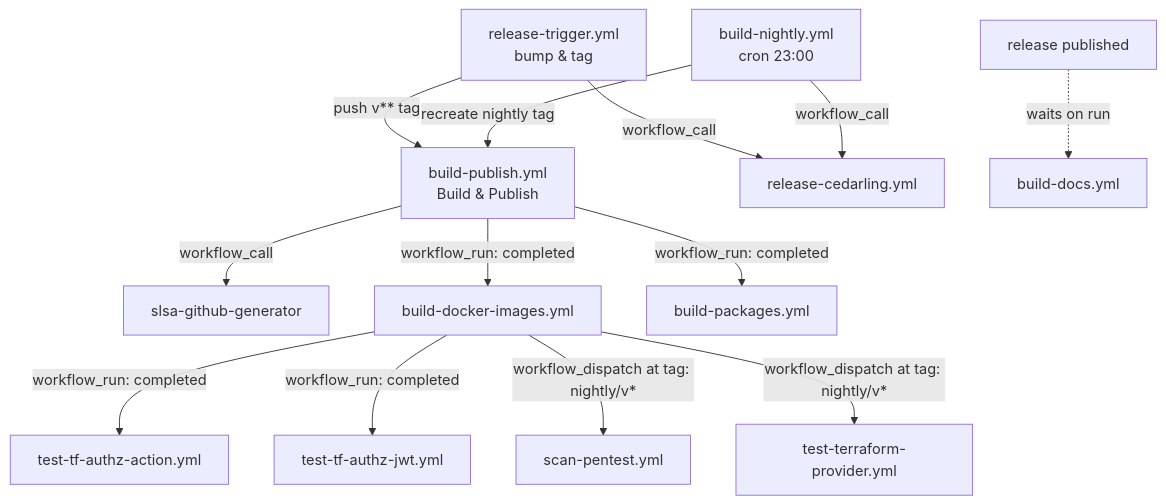
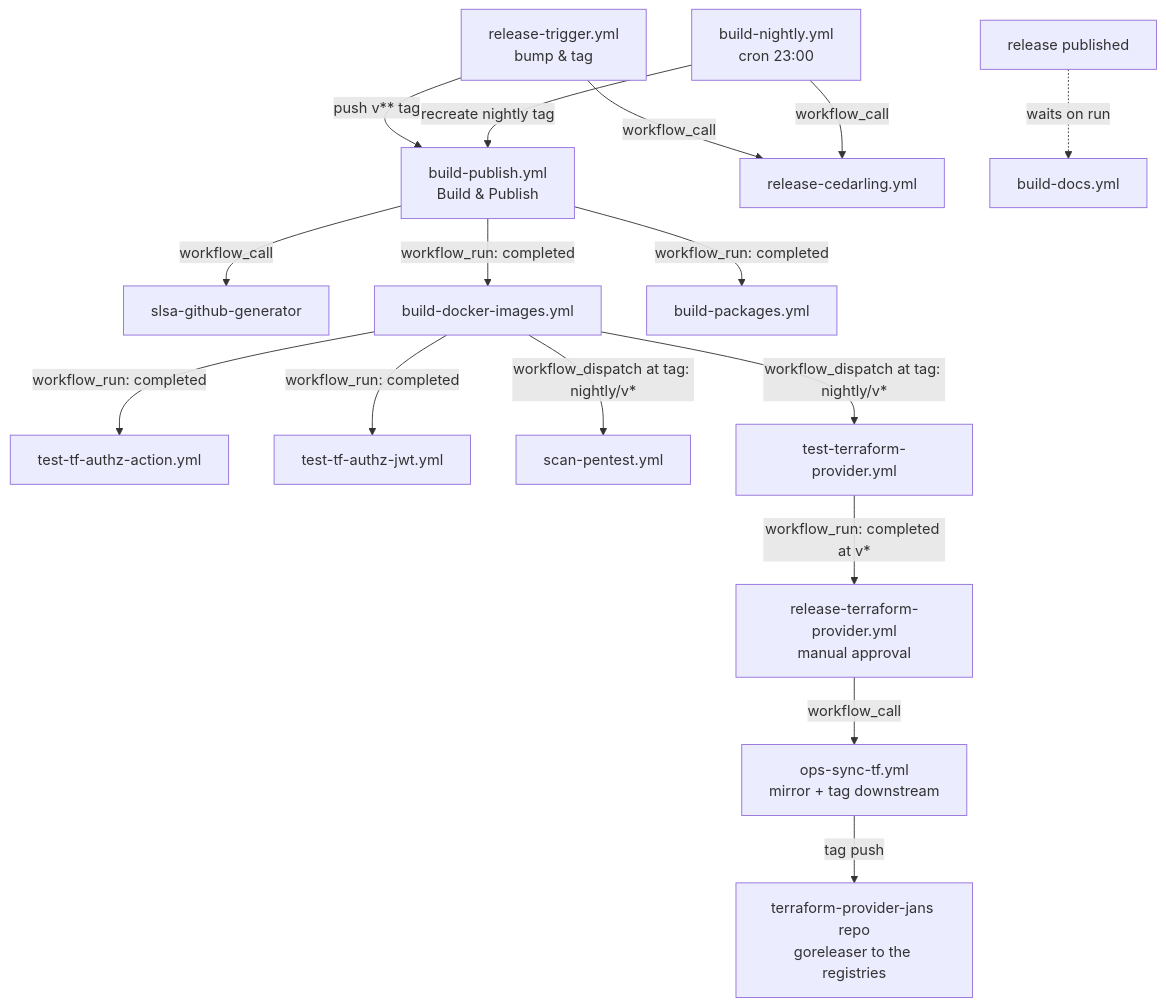
One commit to JanssenProject/jans changed the diagram in docs/contribute/ci-cd/architecture.md. Above: the diagram before and after it, drawn with Mermaid. The commit also changed other lines of this file and 4 other files, not shown here.

First line of the commit message:
ci: automate terraform provider registry release

````diff
--- a/docs/contribute/ci-cd/architecture.md
+++ b/docs/contribute/ci-cd/architecture.md
@@ -32,15 +32,18 @@
 ```mermaid
 flowchart TD
   RT[release-trigger.yml<br/>bump & tag] -->|push v** tag| BP
   BN[build-nightly.yml<br/>cron 23:00] -->|recreate nightly tag| BP
   RT -->|workflow_call| RC[release-cedarling.yml]
   BN -->|workflow_call| RC
   BP[build-publish.yml<br/>Build & Publish] -->|workflow_call| SLSA[slsa-github-generator]
   BP -->|workflow_run: completed| BDI[build-docker-images.yml]
   BP -->|workflow_run: completed| BPK[build-packages.yml]
   BDI -->|workflow_run: completed| TA[test-tf-authz-action.yml]
   BDI -->|workflow_run: completed| TJ[test-tf-authz-jwt.yml]
   BDI -->|workflow_dispatch at tag: nightly/v*| PT[scan-pentest.yml]
   BDI -->|workflow_dispatch at tag: nightly/v*| TP[test-terraform-provider.yml]
+  TP -->|workflow_run: completed at v*| RTP[release-terraform-provider.yml<br/>manual approval]
+  RTP -->|workflow_call| ST[ops-sync-tf.yml<br/>mirror + tag downstream]
+  ST -->|tag push| DS[terraform-provider-jans repo<br/>goreleaser to the registries]
   REL[release published] -.waits on run.-> BD[build-docs.yml]
 ```
````
